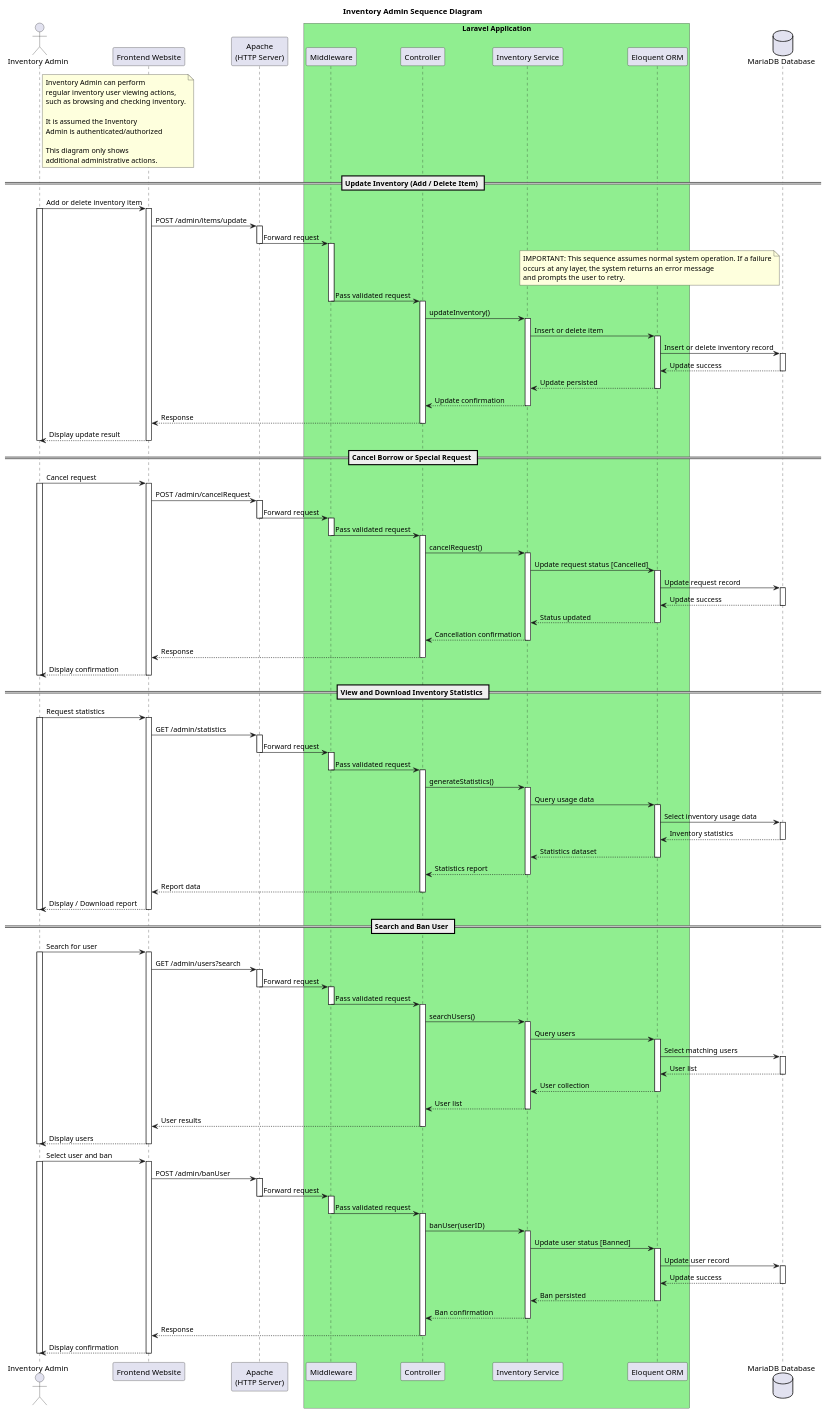
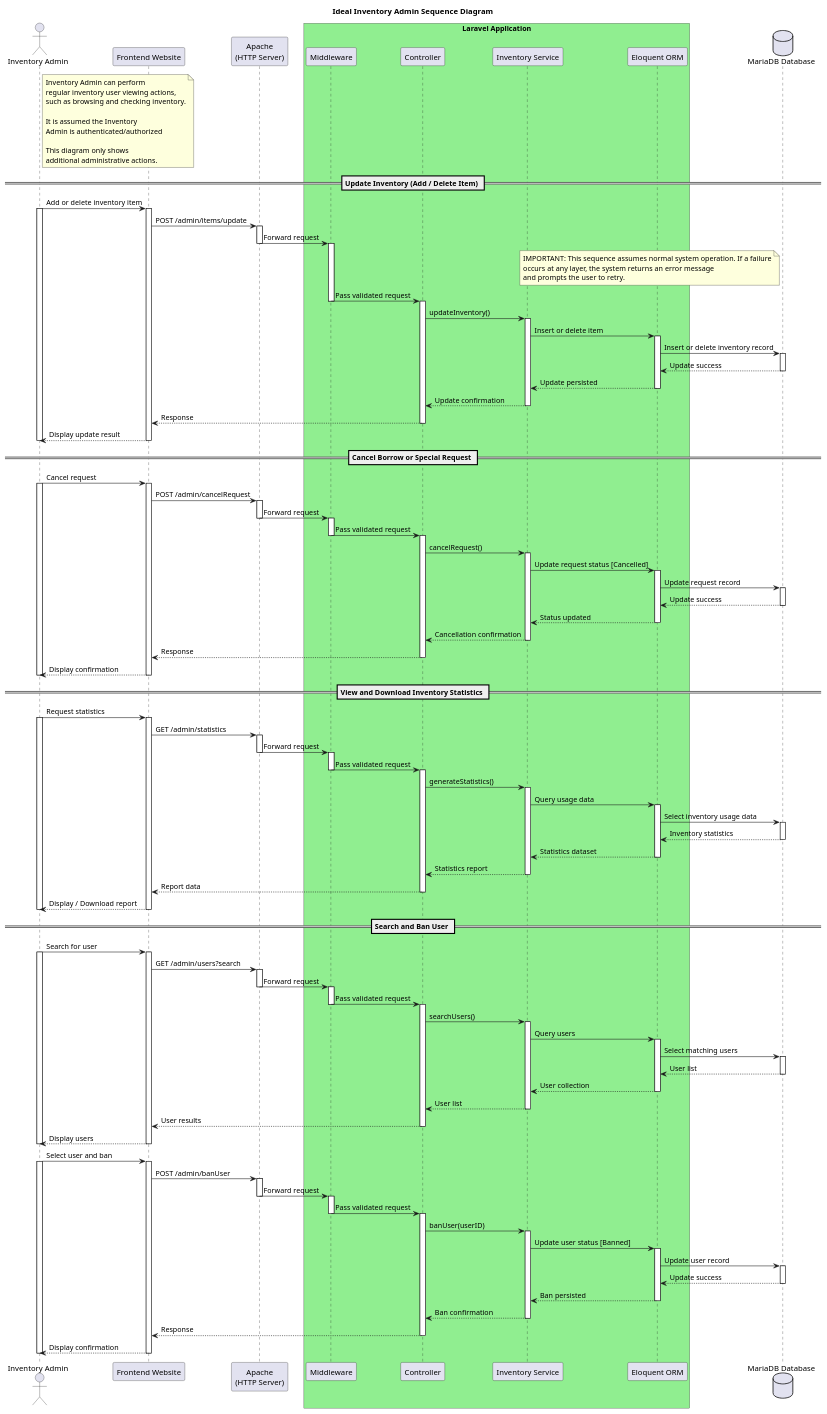
One commit to JanPerez35/PlantUML changed the diagram in sequenceDiagrams/Inventory_Admin_Sequence.puml. Above: the diagram before and after it, drawn with PlantUML. The commit also changed 19 other files, not shown here.

Commit message:
Sequence updated naming

```diff
--- a/sequenceDiagrams/Inventory_Admin_Sequence.puml
+++ b/sequenceDiagrams/Inventory_Admin_Sequence.puml
@@ -1,6 +1,6 @@
 @startuml
 
-title Inventory Admin Sequence Diagram
+title Ideal Inventory Admin Sequence Diagram
 
 actor "Inventory Admin" as Admin
 participant "Frontend Website" as Frontend
```
